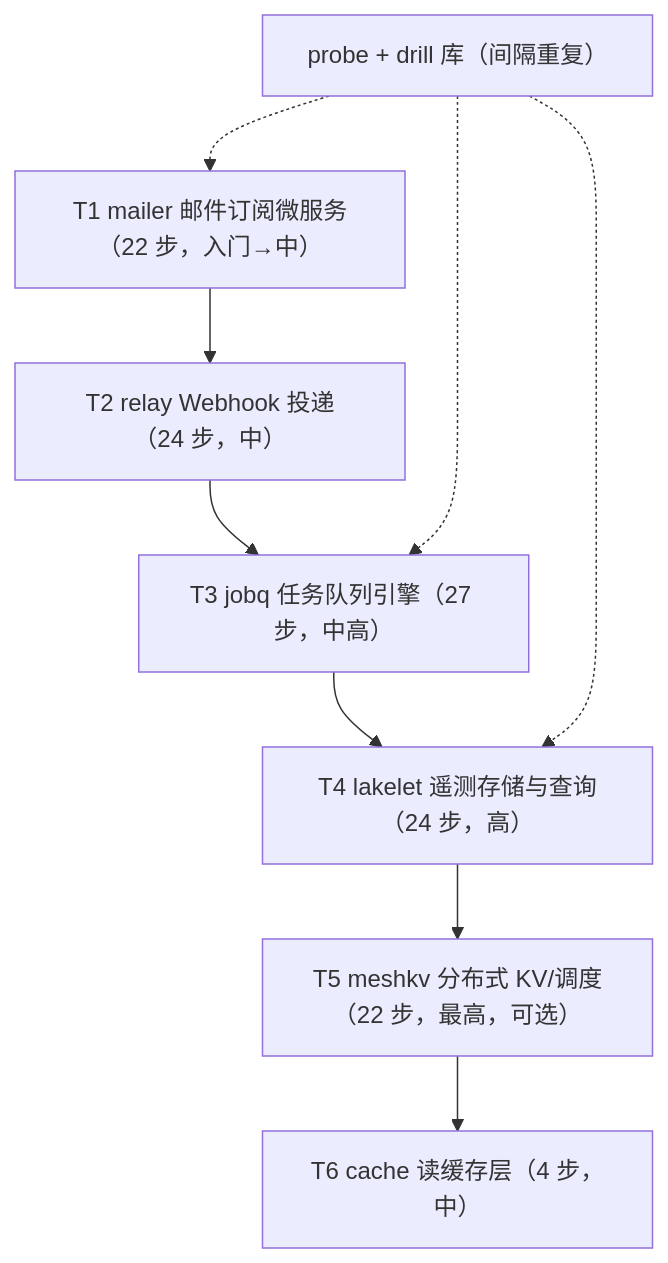
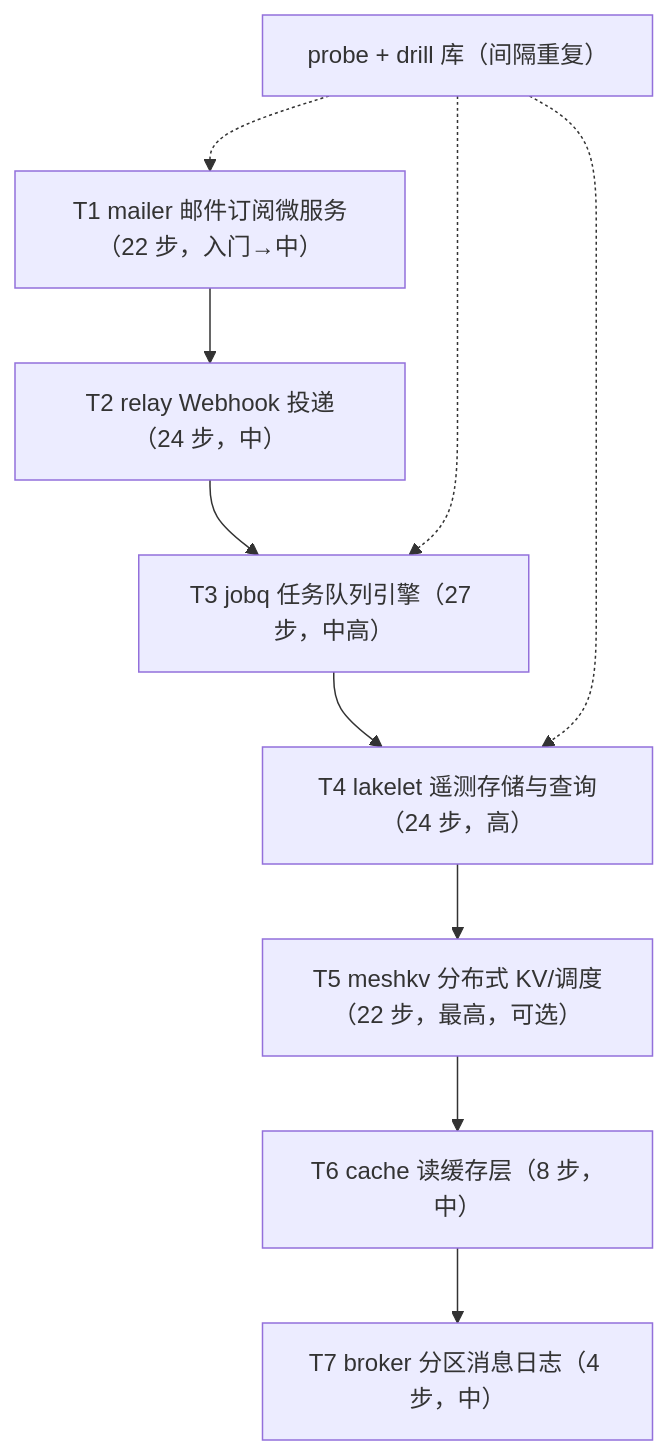
One commit to nedrw/rustlings-production changed the diagram in docs/curriculum.md. Above: the diagram before and after it, drawn with Mermaid. The commit also changed other lines of this file and 7 other files, not shown here.

````diff
--- a/docs/curriculum.md
+++ b/docs/curriculum.md
@@ -267,11 +276,12 @@
 ```mermaid
 flowchart TD
     T1["T1 mailer 邮件订阅微服务（22 步，入门→中）"] --> T2["T2 relay Webhook 投递（24 步，中）"]
     T2 --> T3["T3 jobq 任务队列引擎（27 步，中高）"]
     T3 --> T4["T4 lakelet 遥测存储与查询（24 步，高）"]
     T4 --> T5["T5 meshkv 分布式 KV/调度（22 步，最高，可选）"]
-    T5 --> T6["T6 cache 读缓存层（4 步，中）"]
+    T5 --> T6["T6 cache 读缓存层（8 步，中）"]
+    T6 --> T7["T7 broker 分区消息日志（4 步，中）"]
     P["probe + drill 库（间隔重复）"] -.-> T1
     P -.-> T3
     P -.-> T4
 ```
````
